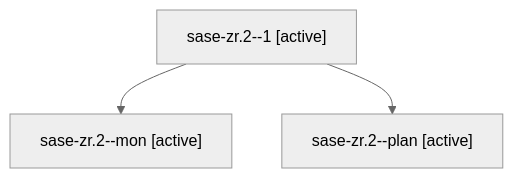
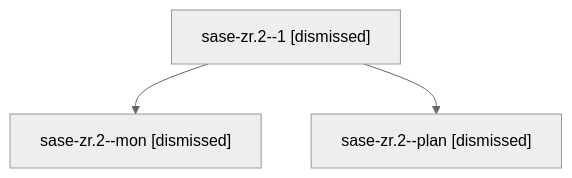
The diagram in sessions/bbugyi200.apollo.sase-zr.2.md (sase-org/sase--agents), drawn with Mermaid (neutral theme) before and after one commit. The commit also changed other lines of this file and 190 other files, not shown here.

````diff
--- a/sessions/bbugyi200.apollo.sase-zr.2.md
+++ b/sessions/bbugyi200.apollo.sase-zr.2.md
@@ -9,8 +9,8 @@
 ```mermaid
 flowchart TD
-  n0["sase-zr.2--1 [active]"]
-  n1["sase-zr.2--mon [active]"]
+  n0["sase-zr.2--1 [dismissed]"]
+  n1["sase-zr.2--mon [dismissed]"]
   n0 --> n1
-  n2["sase-zr.2--plan [active]"]
+  n2["sase-zr.2--plan [dismissed]"]
   n0 --> n2
 ```
````
